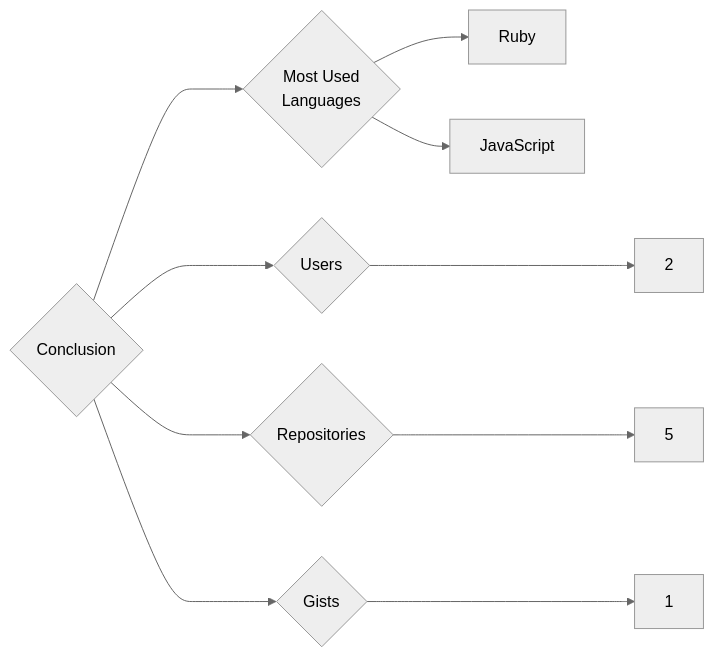
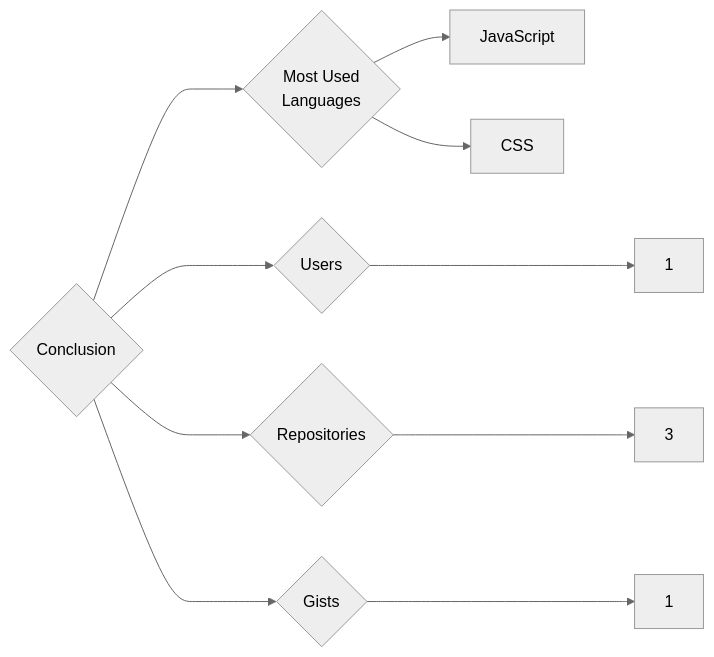
The diagram in targets/Conclusion/README.md (trickest/insiders), drawn with Mermaid (neutral theme) before and after one commit. The commit also changed 993 other files, not shown here.

````diff
--- a/targets/Conclusion/README.md
+++ b/targets/Conclusion/README.md
@@ -3,10 +3,10 @@
 ```mermaid
 graph LR
 COMPANY_NAME{Conclusion}
-COMPANY_NAME ---> U{Users} ---> UN[2]
-COMPANY_NAME ---> R{Repositories} ---> RN[5]
+COMPANY_NAME ---> U{Users} ---> UN[1]
+COMPANY_NAME ---> R{Repositories} ---> RN[3]
 COMPANY_NAME ---> G{Gists} ---> GN[1]
 COMPANY_NAME ---> ML{Most Used<br>Languages}
-ML --> Ruby[Ruby]
 ML --> JavaScript[JavaScript]
+ML --> CSS[CSS]
 ```
````
